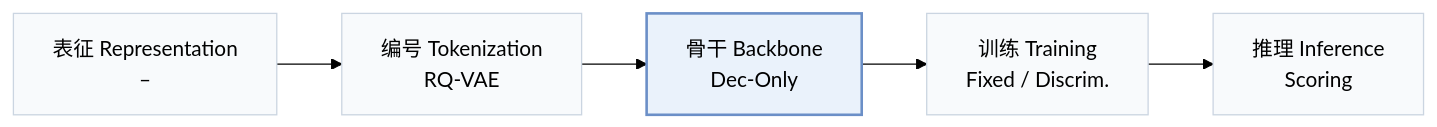
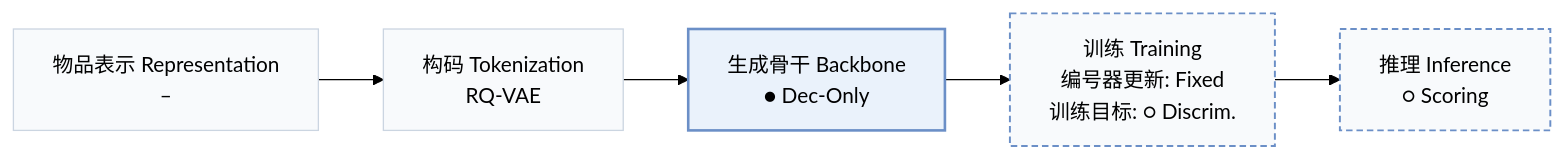
Before and after one commit to Galaxy-ghost/Awesome-SID-Generative-Rec: the first of 2 diagrams in pages/zh/papers/digr.md, drawn with Mermaid (forest theme). The commit also changed other lines of this file and 558 other files, not shown here.

````diff
--- a/pages/zh/papers/digr.md
+++ b/pages/zh/papers/digr.md
@@ -15,8 +18,10 @@
 ```mermaid
 flowchart LR
-    R["表征 Representation<br/>–"] --> T["编号 Tokenization<br/>RQ-VAE"] --> B["骨干 Backbone<br/>Dec-Only"] --> TR["训练 Training<br/>Fixed / Discrim."] --> I["推理 Inference<br/>Scoring"]
+    R["物品表示 Representation<br/>–"] --> T["构码 Tokenization<br/>RQ-VAE"] --> B["生成骨干 Backbone<br/>● Dec-Only"] --> TR["训练 Training<br/>编号器更新: Fixed<br/>训练目标: ○ Discrim."] --> I["推理 Inference<br/>○ Scoring"]
     classDef base fill:#f8fafc,stroke:#cbd5e1
     class R,T,B,TR,I base
+    classDef other fill:#f8fafc,stroke:#6b8fc7,stroke-width:1.5px,stroke-dasharray:5 3
+    class TR,I other
     classDef main fill:#eaf2fb,stroke:#6b8fc7,stroke-width:2px
     class B main
 ```
````
